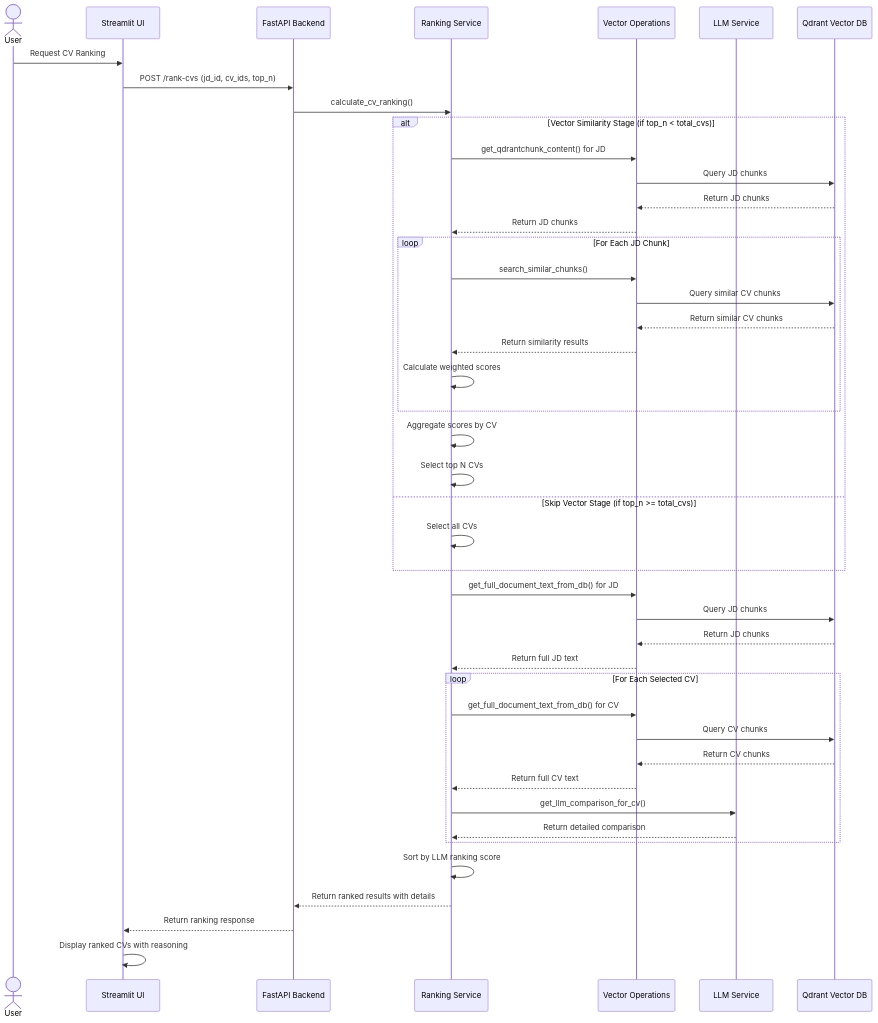
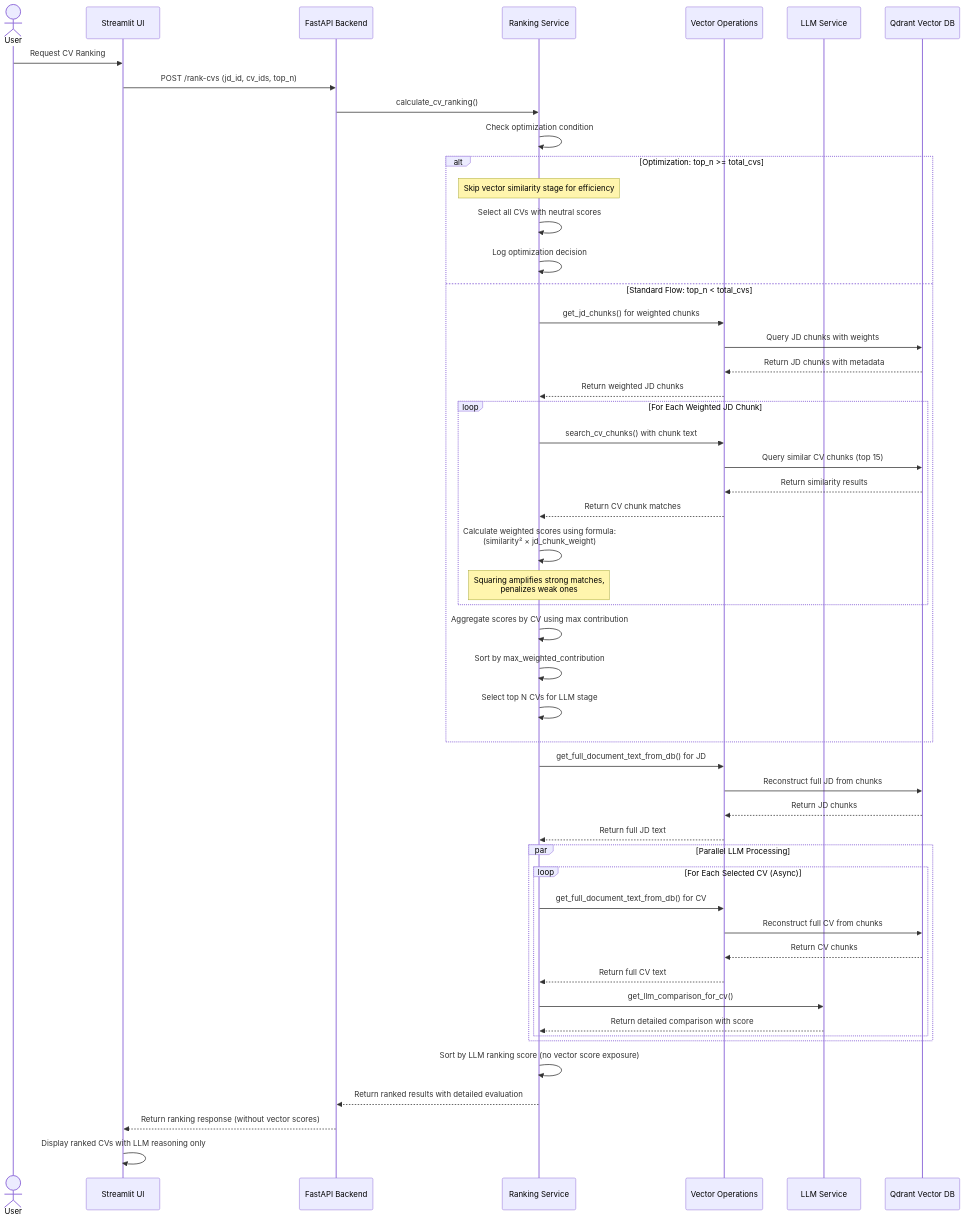
One commit to PranavAikkara/emergencyrepoSR changed the fourth of 9 diagrams in design_and_architecture/architecture.md. Above: the diagram before and after it, drawn with Mermaid. The commit also changed other lines of this file and 15 other files, not shown here.

````diff
--- a/design_and_architecture/architecture.md
+++ b/design_and_architecture/architecture.md
@@ -152,54 +188,61 @@
 ```mermaid
 sequenceDiagram
     actor User
     participant UI as Streamlit UI
     participant API as FastAPI Backend
     participant RS as Ranking Service
     participant VO as Vector Operations
     participant LLM as LLM Service
     participant VDB as Qdrant Vector DB
     
     User->>UI: Request CV Ranking
     UI->>API: POST /rank-cvs (jd_id, cv_ids, top_n)
     API->>RS: calculate_cv_ranking()
     
-    alt Vector Similarity Stage (if top_n < total_cvs)
-        RS->>VO: get_qdrantchunk_content() for JD
-        VO->>VDB: Query JD chunks
-        VDB-->>VO: Return JD chunks
-        VO-->>RS: Return JD chunks
+    RS->>RS: Check optimization condition
+    alt Optimization: top_n >= total_cvs
+        Note over RS: Skip vector similarity stage for efficiency
+        RS->>RS: Select all CVs with neutral scores
+        RS->>RS: Log optimization decision
+    else Standard Flow: top_n < total_cvs
+        RS->>VO: get_jd_chunks() for weighted chunks
+        VO->>VDB: Query JD chunks with weights
+        VDB-->>VO: Return JD chunks with metadata
+        VO-->>RS: Return weighted JD chunks
         
-        loop For Each JD Chunk
-            RS->>VO: search_similar_chunks()
-            VO->>VDB: Query similar CV chunks
-            VDB-->>VO: Return similar CV chunks
-            VO-->>RS: Return similarity results
-            RS->>RS: Calculate weighted scores
+        loop For Each Weighted JD Chunk
+            RS->>VO: search_cv_chunks() with chunk text
+            VO->>VDB: Query similar CV chunks (top 15)
+            VDB-->>VO: Return similarity results
+            VO-->>RS: Return CV chunk matches
+            RS->>RS: Calculate weighted scores using formula:<br/>(similarity² × jd_chunk_weight)
+            Note over RS: Squaring amplifies strong matches,<br/>penalizes weak ones
         end
         
-        RS->>RS: Aggregate scores by CV
-        RS->>RS: Select top N CVs
-    else Skip Vector Stage (if top_n >= total_cvs)
-        RS->>RS: Select all CVs
+        RS->>RS: Aggregate scores by CV using max contribution
+        RS->>RS: Sort by max_weighted_contribution
+        RS->>RS: Select top N CVs for LLM stage
     end
     
     RS->>VO: get_full_document_text_from_db() for JD
-    VO->>VDB: Query JD chunks
+    VO->>VDB: Reconstruct full JD from chunks
     VDB-->>VO: Return JD chunks
     VO-->>RS: Return full JD text
     
-    loop For Each Selected CV
-        RS->>VO: get_full_document_text_from_db() for CV
-        VO->>VDB: Query CV chunks
-        VDB-->>VO: Return CV chunks
-        VO-->>RS: Return full CV text
-        
-        RS->>LLM: get_llm_comparison_for_cv()
-        LLM-->>RS: Return detailed comparison
+    par Parallel LLM Processing
+        loop For Each Selected CV (Async)
+            RS->>VO: get_full_document_text_from_db() for CV
+            VO->>VDB: Reconstruct full CV from chunks
+            VDB-->>VO: Return CV chunks
+            VO-->>RS: Return full CV text
+            
+            RS->>LLM: get_llm_comparison_for_cv()
+            LLM-->>RS: Return detailed comparison with score
+        end
     end
     
-    RS->>RS: Sort by LLM ranking score
-    RS-->>API: Return ranked results with details
-    API-->>UI: Return ranking response
-    UI->>UI: Display ranked CVs with reasoning
+    RS->>RS: Sort by LLM ranking score (no vector score exposure)
+    RS-->>API: Return ranked results with detailed evaluation
+    API-->>UI: Return ranking response (without vector scores)
+    UI->>UI: Display ranked CVs with LLM reasoning only
 ```
````
